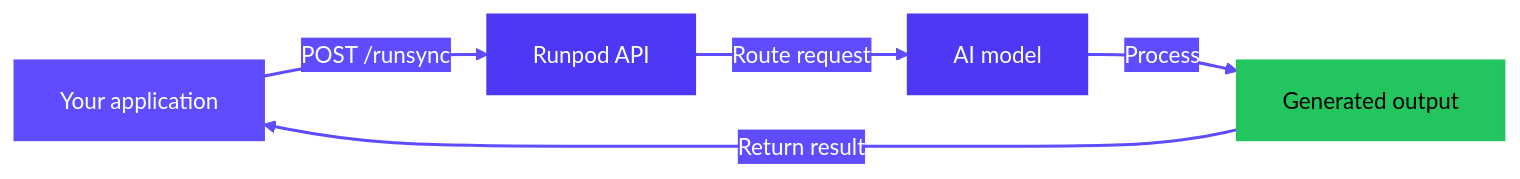
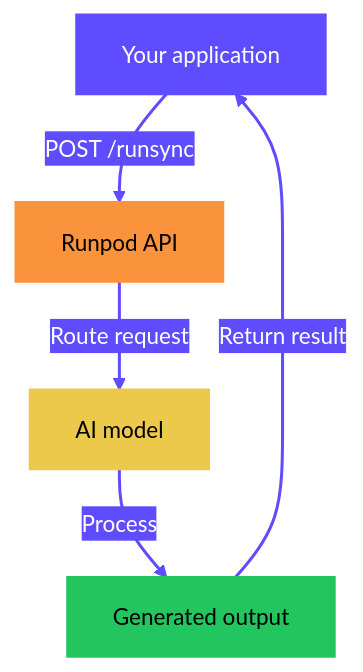
One commit to runpod/docs changed the diagram in hub/public-endpoints.mdx. Above: the diagram before and after it, drawn with Mermaid.

Commit message:
Improve PE mermaid diagram

````diff
--- a/hub/public-endpoints.mdx
+++ b/hub/public-endpoints.mdx
@@ -56,21 +56,21 @@
 ```mermaid
 %%{init: {'theme':'base', 'themeVariables': { 'primaryColor':'#9289FE','primaryTextColor':'#fff','primaryBorderColor':'#9289FE','lineColor':'#5F4CFE','secondaryColor':'#AE6DFF','tertiaryColor':'#FCB1FF','edgeLabelBackground':'#5F4CFE', 'fontSize':'15px','fontFamily':'font-inter'}}}%%
 
-flowchart LR
+flowchart TD
     app["Your application"]
     api["Runpod API"]
     model["AI model"]
     output["Generated output"]
 
     app -->|"POST /runsync"| api
     api -->|"Route request"| model
     model -->|"Process"| output
     output -->|"Return result"| app
 
     style app fill:#5F4CFE,stroke:#5F4CFE,color:#FFFFFF,stroke-width:2px
-    style api fill:#4D38F5,stroke:#4D38F5,color:#FFFFFF,stroke-width:2px
-    style model fill:#4D38F5,stroke:#4D38F5,color:#FFFFFF,stroke-width:2px
+    style api fill:#fb923c,stroke:#fb923c,color:#000000,stroke-width:2px
+    style model fill:#ecc94b,stroke:#ecc94b,color:#000000,stroke-width:2px
     style output fill:#22C55E,stroke:#22C55E,color:#000000,stroke-width:2px
 
     linkStyle default stroke-width:2px,stroke:#5F4CFE
 ```
````
